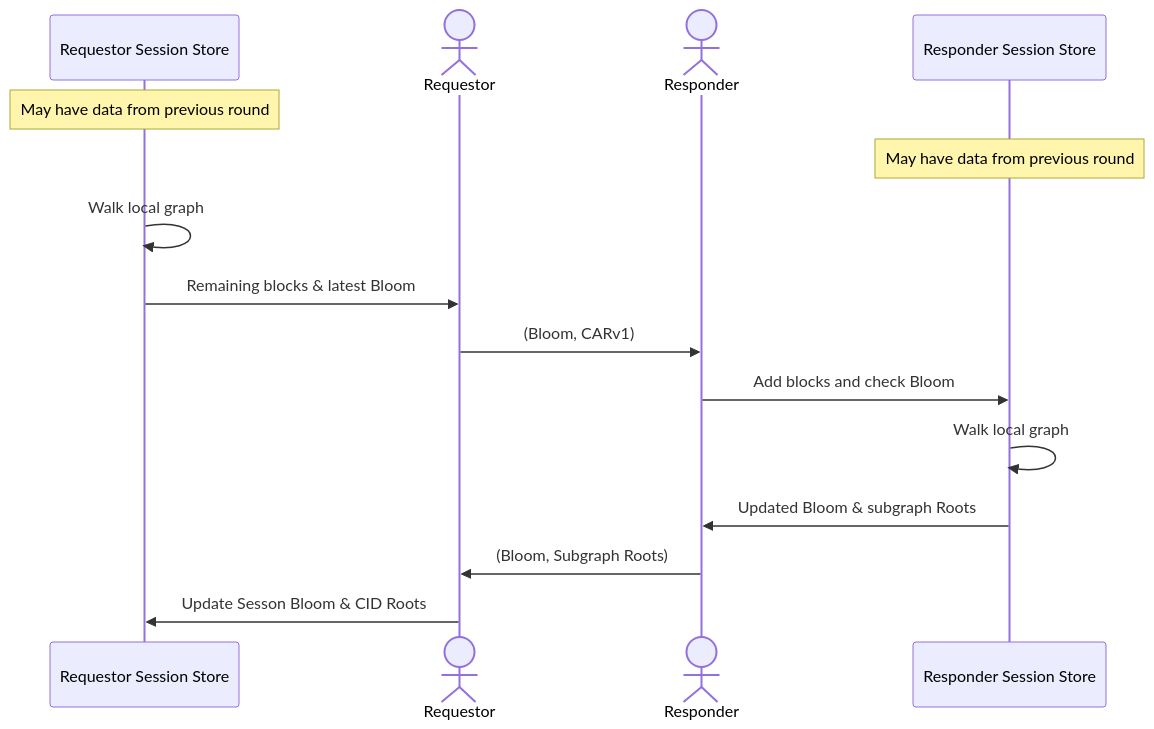
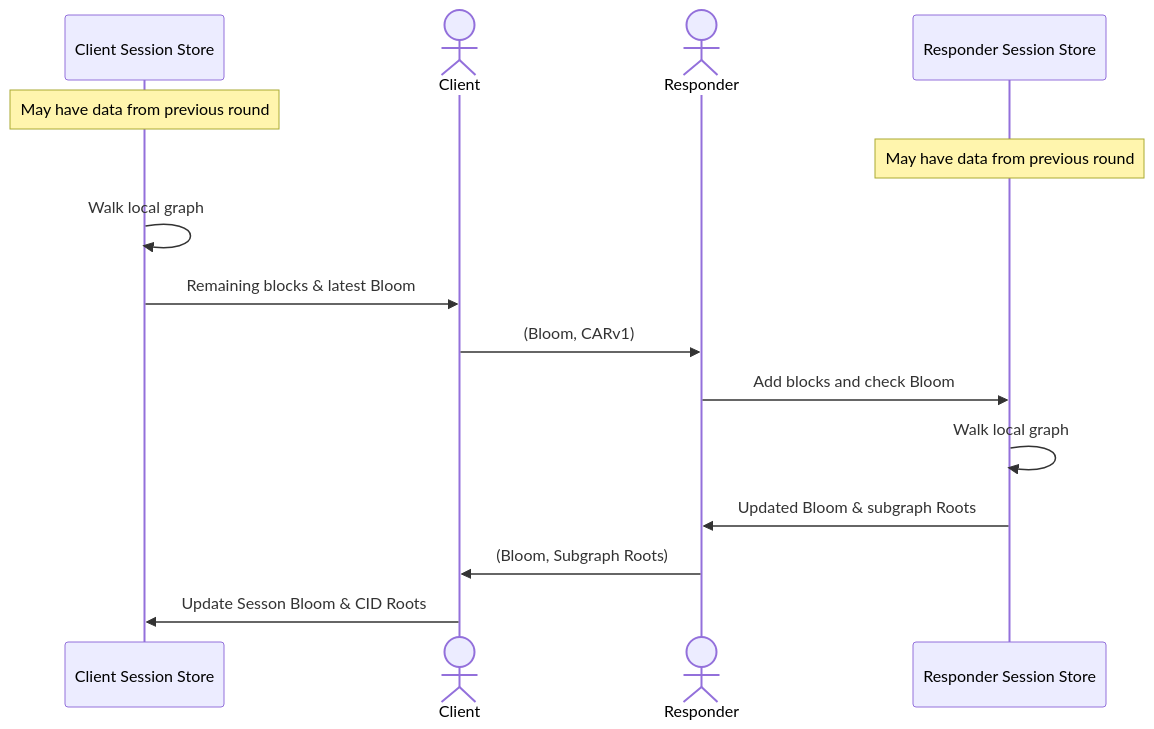
The third of 3 diagrams in README.md (wnfs-wg/car-mirror-spec), drawn with Mermaid before and after one commit. The commit also changed other lines of this file, not shown here.

Commit message:
Requestor/Provider -> Sender/Receiver

````diff
--- a/README.md
+++ b/README.md
@@ -268,19 +269,19 @@
 ```mermaid
 sequenceDiagram
-    participant Requestor Session Store
-    actor Requestor
+    participant Client Session Store
+    actor Client
     actor Responder
     participant Responder Session Store
 
-    Note over Requestor Session Store: May have data from previous round
+    Note over Client Session Store: May have data from previous round
     Note over Responder Session Store: May have data from previous round
 
-    Requestor Session Store ->> Requestor Session Store: Walk local graph
-    Requestor Session Store ->> Requestor: Remaining blocks & latest Bloom
-    Requestor ->> Responder: (Bloom, CARv1)
+    Client Session Store ->> Client Session Store: Walk local graph
+    Client Session Store ->> Client: Remaining blocks & latest Bloom
+    Client ->> Responder: (Bloom, CARv1)
     Responder ->> Responder Session Store: Add blocks and check Bloom
     Responder Session Store ->> Responder Session Store: Walk local graph
     Responder Session Store ->> Responder: Updated Bloom & subgraph Roots
-    Responder ->> Requestor: (Bloom, Subgraph Roots)
-    Requestor ->> Requestor Session Store: Update Sesson Bloom & CID Roots
+    Responder ->> Client: (Bloom, Subgraph Roots)
+    Client ->> Client Session Store: Update Sesson Bloom & CID Roots
 ```
````
